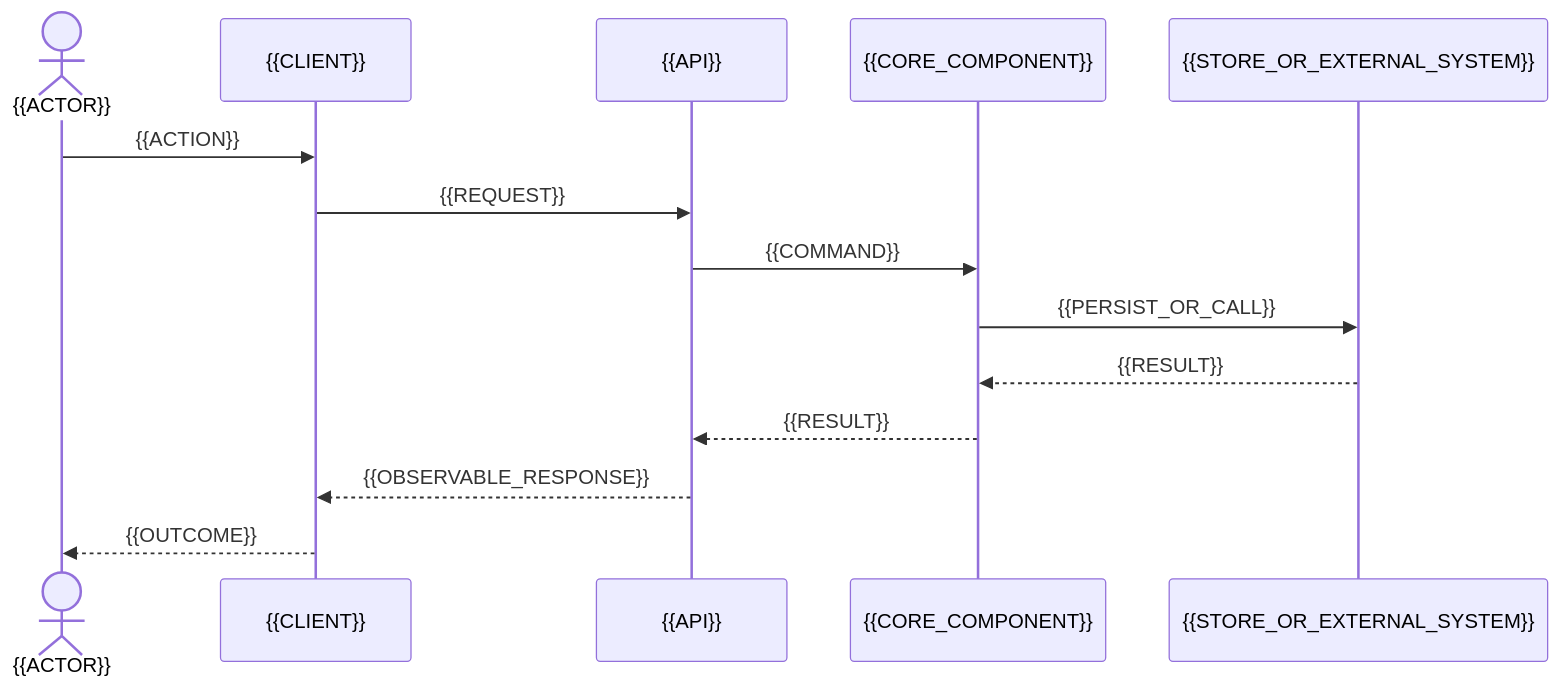
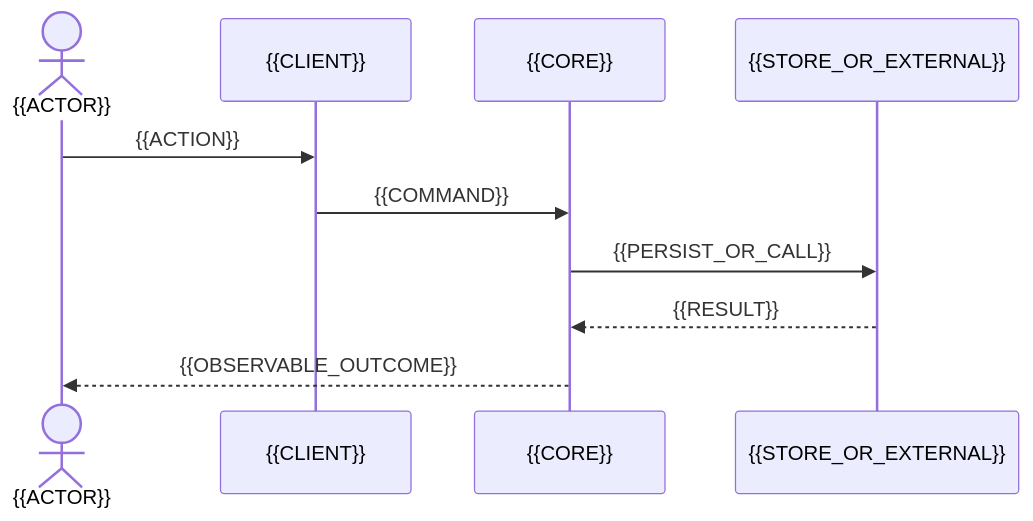
One commit to ave-satan/architecture-council-skill changed the second of 3 diagrams in assets/feature-package/target-architecture.md. Above: the diagram before and after it, drawn with Mermaid. The commit also changed other lines of this file and 45 other files, not shown here.

Commit message:
Simplify architecture council artifacts and review flow

````diff
--- a/assets/feature-package/target-architecture.md
+++ b/assets/feature-package/target-architecture.md
@@ -50,24 +32,19 @@
 ```mermaid
 %% ac_id: key-flow
 %% ac_state: target
 %% ac_purpose: критический end-to-end сценарий {{SCN_ID}}
 %% ac_scope: {{SCOPE}}
 %% ac_legend: сплошная стрелка — запрос, пунктирная — ответ
 %% ac_revision: {{REVISION}}
 %% ac_normative: target-architecture.md
 sequenceDiagram
     actor User as {{ACTOR}}
     participant Client as {{CLIENT}}
-    participant API as {{API}}
-    participant Core as {{CORE_COMPONENT}}
-    participant Store as {{STORE_OR_EXTERNAL_SYSTEM}}
-
+    participant Core as {{CORE}}
+    participant Store as {{STORE_OR_EXTERNAL}}
     User->>Client: {{ACTION}}
-    Client->>API: {{REQUEST}}
-    API->>Core: {{COMMAND}}
+    Client->>Core: {{COMMAND}}
     Core->>Store: {{PERSIST_OR_CALL}}
     Store-->>Core: {{RESULT}}
-    Core-->>API: {{RESULT}}
-    API-->>Client: {{OBSERVABLE_RESPONSE}}
-    Client-->>User: {{OUTCOME}}
+    Core-->>User: {{OBSERVABLE_OUTCOME}}
 ```
````
